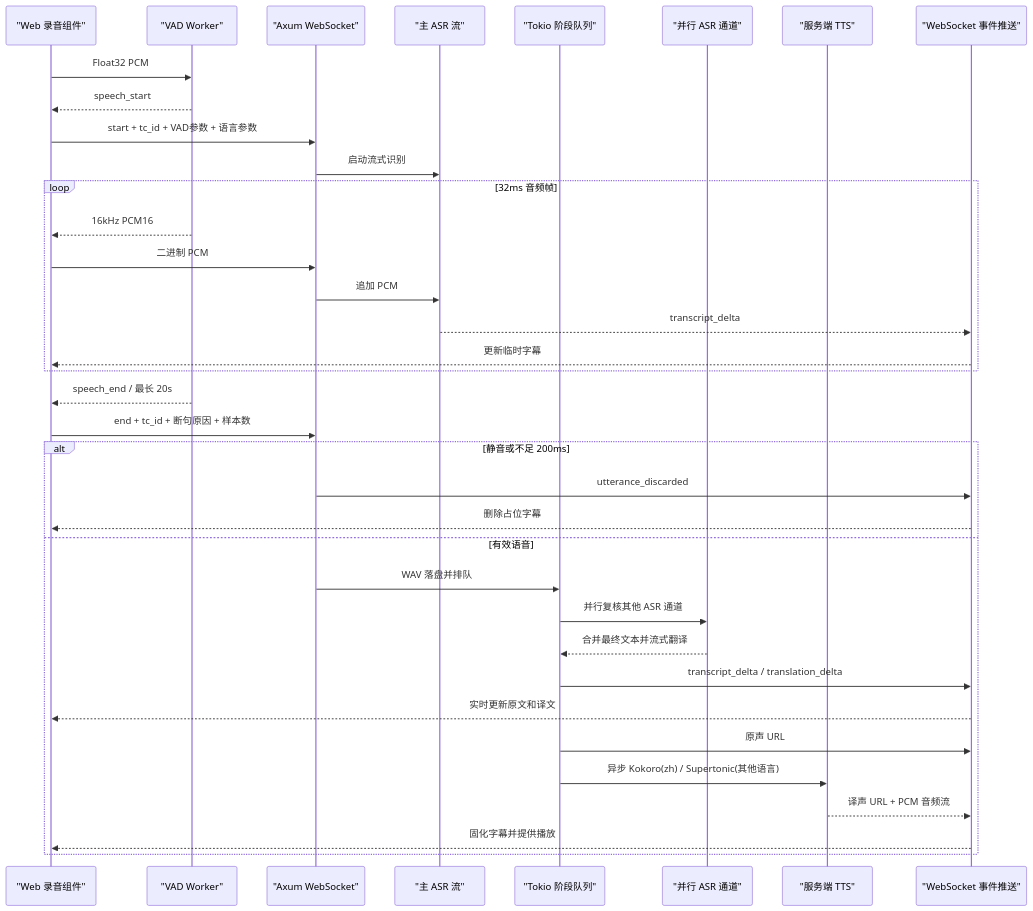
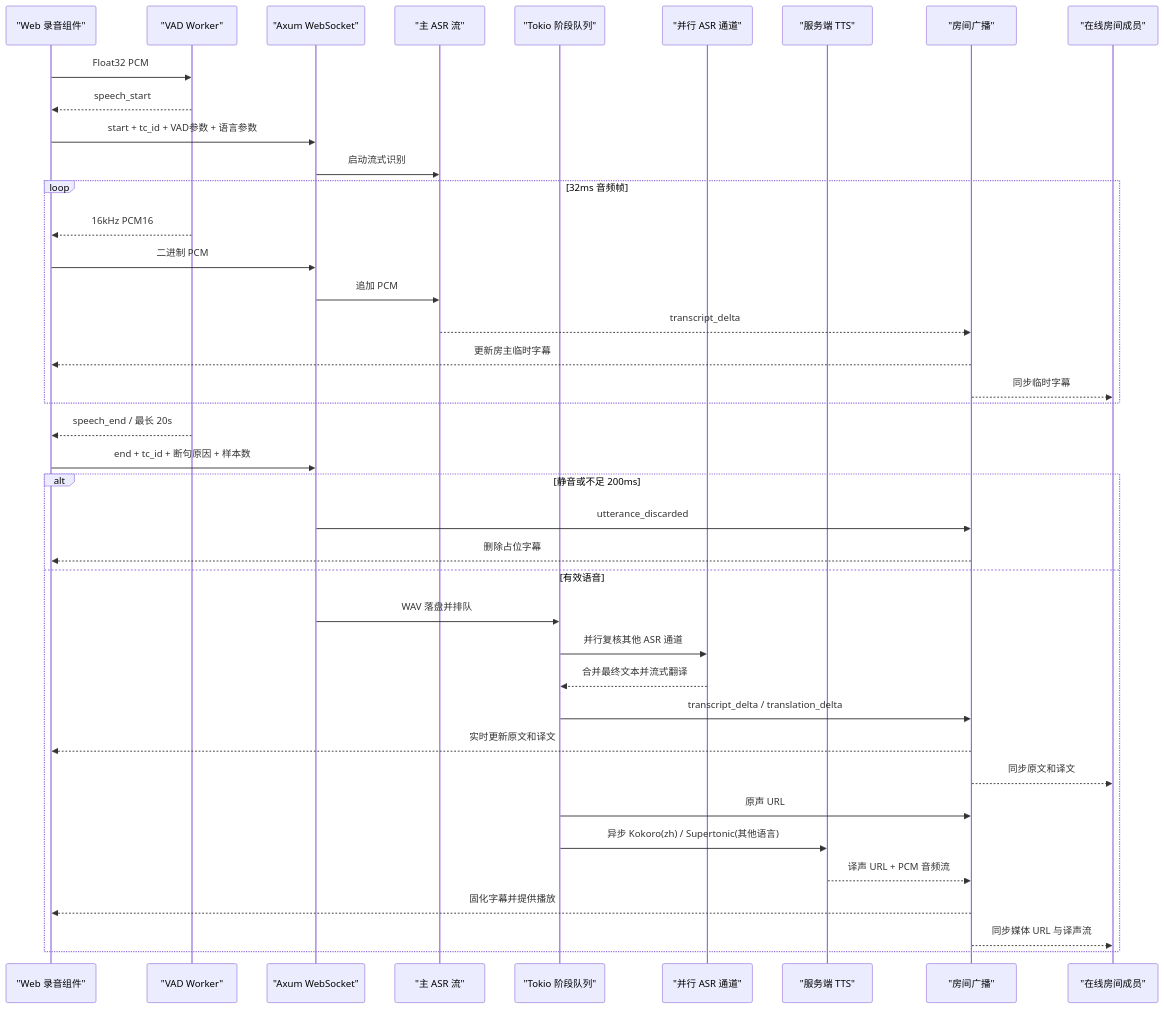
Before and after one commit to skeyboy/voice-elf: the diagram in docs/browser-vad-architecture.md, drawn with Mermaid. The commit also changed other lines of this file and 12 other files, not shown here.

````diff
--- a/docs/browser-vad-architecture.md
+++ b/docs/browser-vad-architecture.md
@@ -5,39 +5,43 @@
 ```mermaid
 sequenceDiagram
     participant Web as "Web 录音组件"
     participant VAD as "VAD Worker"
     participant GW as "Axum WebSocket"
     participant Live as "主 ASR 流"
     participant Queue as "Tokio 阶段队列"
     participant ASR as "并行 ASR 通道"
     participant TTS as "服务端 TTS"
-    participant Push as "WebSocket 事件推送"
+    participant Push as "房间广播"
+    participant Members as "在线房间成员"
 
     Web->>VAD: Float32 PCM
     VAD-->>Web: speech_start
     Web->>GW: start + tc_id + VAD参数 + 语言参数
     GW->>Live: 启动流式识别
     loop 32ms 音频帧
         VAD-->>Web: 16kHz PCM16
         Web->>GW: 二进制 PCM
         GW->>Live: 追加 PCM
         Live-->>Push: transcript_delta
-        Push-->>Web: 更新临时字幕
+        Push-->>Web: 更新房主临时字幕
+        Push-->>Members: 同步临时字幕
     end
     VAD-->>Web: speech_end / 最长 20s
     Web->>GW: end + tc_id + 断句原因 + 样本数
     alt 静音或不足 200ms
         GW->>Push: utterance_discarded
         Push-->>Web: 删除占位字幕
     else 有效语音
         GW->>Queue: WAV 落盘并排队
         Queue->>ASR: 并行复核其他 ASR 通道
         ASR-->>Queue: 合并最终文本并流式翻译
         Queue->>Push: transcript_delta / translation_delta
         Push-->>Web: 实时更新原文和译文
+        Push-->>Members: 同步原文和译文
         Queue->>Push: 原声 URL
         Queue->>TTS: 异步 Kokoro(zh) / Supertonic(其他语言)
         TTS-->>Push: 译声 URL + PCM 音频流
         Push-->>Web: 固化字幕并提供播放
+        Push-->>Members: 同步媒体 URL 与译声流
     end
 ```
````
